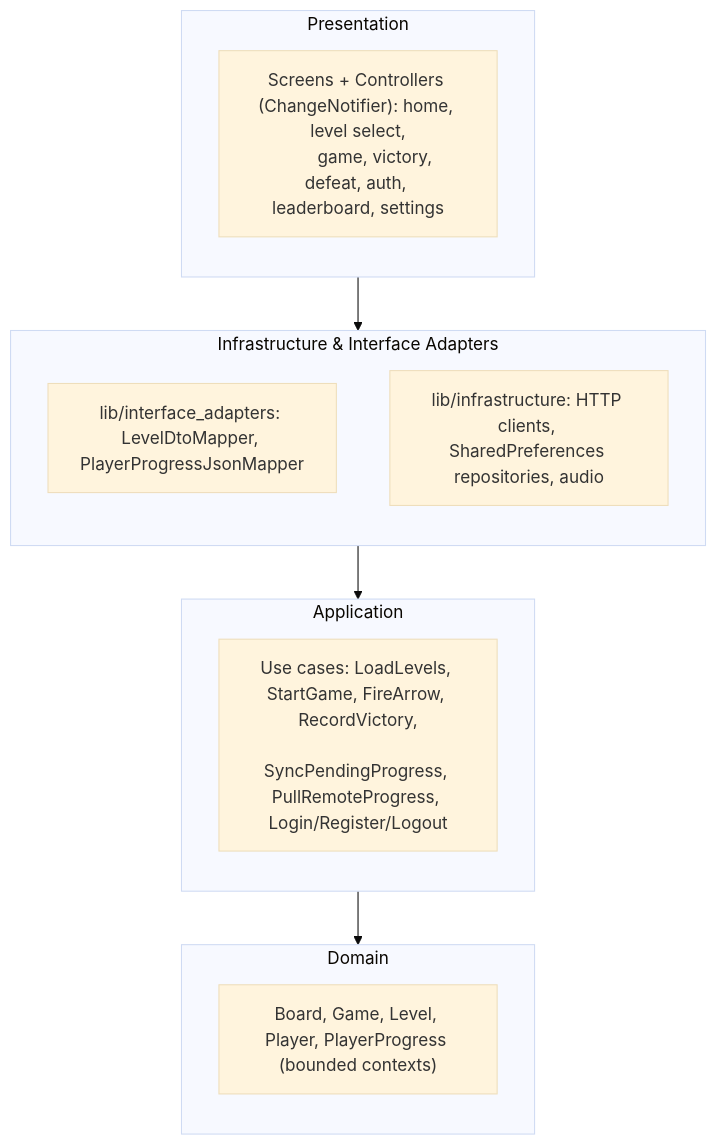
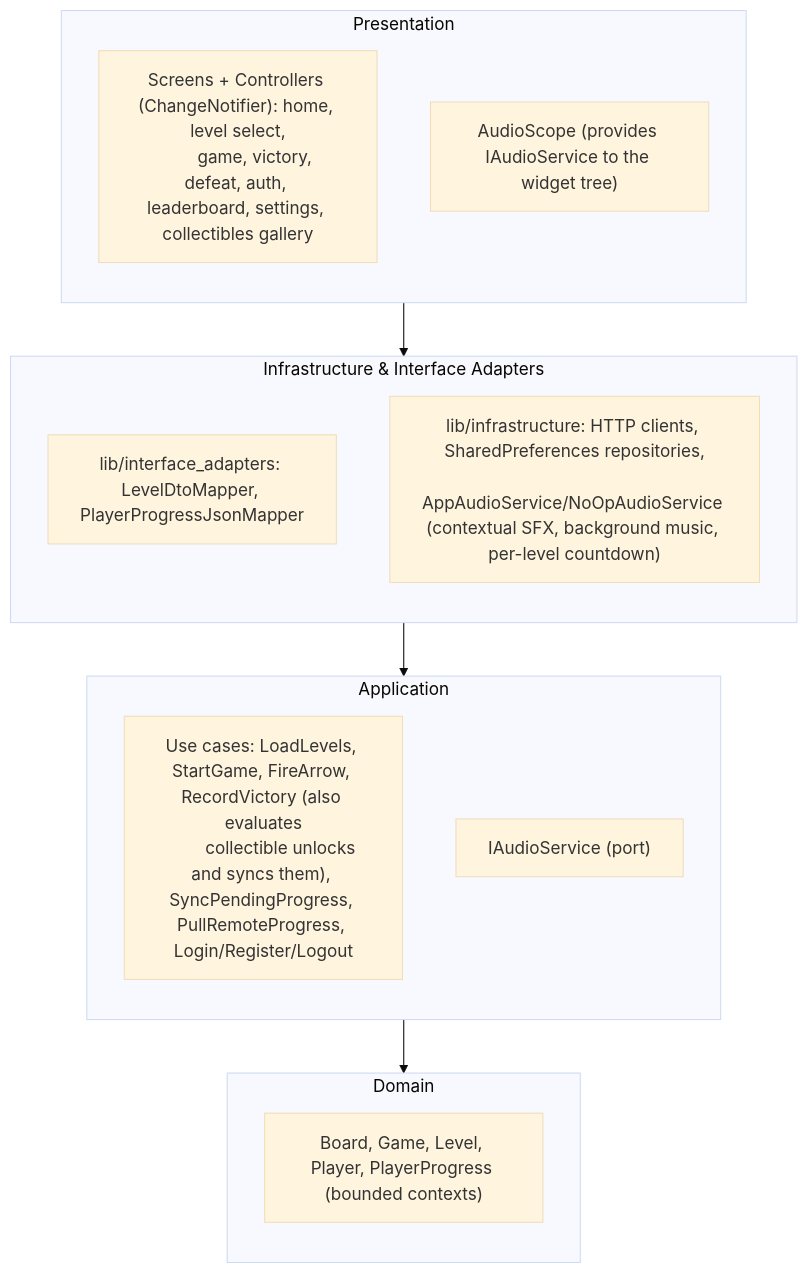
The first of 2 diagrams in README.md (Mianjoy/Arrow-Maze-Escape-Puzzle), drawn with Mermaid (base theme) before and after one commit. The commit also changed other lines of this file and 3 other files, not shown here.

First line of the commit message:
docs: add audio and collectibles systems to architecture diagrams

````diff
--- a/README.md
+++ b/README.md
@@ -33,24 +37,27 @@
 ```mermaid
 flowchart TB
     subgraph L4["Presentation"]
         direction TB
         UI["Screens + Controllers (ChangeNotifier): home, level select,
-        game, victory, defeat, auth, leaderboard, settings"]
+        game, victory, defeat, auth, leaderboard, settings, collectibles gallery"]
+        AudioScope["AudioScope (provides IAudioService to the widget tree)"]
     end
     subgraph L3["Infrastructure & Interface Adapters"]
         direction TB
         Adapters["lib/interface_adapters: LevelDtoMapper, PlayerProgressJsonMapper"]
-        Infra["lib/infrastructure: HTTP clients, SharedPreferences repositories, audio"]
+        Infra["lib/infrastructure: HTTP clients, SharedPreferences repositories,
+        AppAudioService/NoOpAudioService (contextual SFX, background music, per-level countdown)"]
     end
     subgraph L2["Application"]
         direction TB
-        UseCases["Use cases: LoadLevels, StartGame, FireArrow, RecordVictory,
-        SyncPendingProgress, PullRemoteProgress, Login/Register/Logout"]
+        UseCases["Use cases: LoadLevels, StartGame, FireArrow, RecordVictory (also evaluates
+        collectible unlocks and syncs them), SyncPendingProgress, PullRemoteProgress, Login/Register/Logout"]
+        AudioPort["IAudioService (port)"]
     end
     subgraph L1["Domain"]
         direction TB
         Entities["Board, Game, Level, Player, PlayerProgress (bounded contexts)"]
     end
 
     L4 --> L3 --> L2 --> L1
 ```
````
